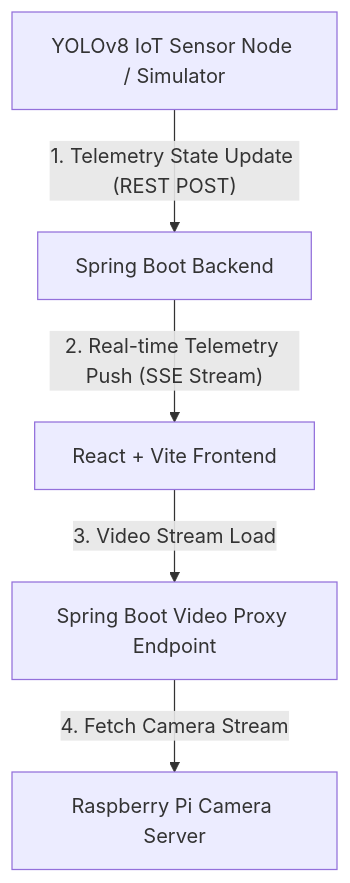
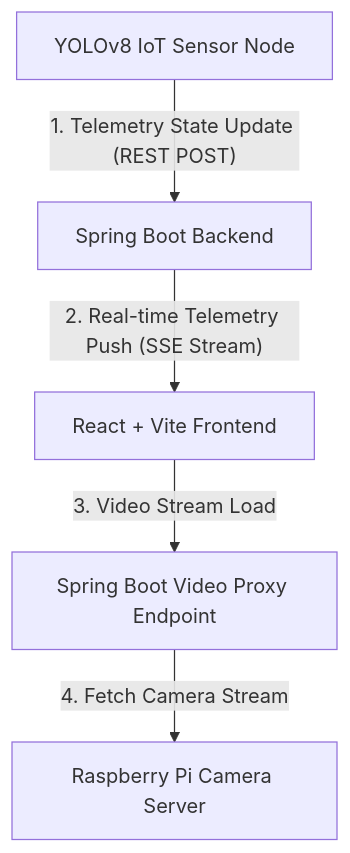
Before and after one commit to yuseungyeol-823/iot-web-dashboard: the diagram in README.md, drawn with Mermaid. The commit also changed other lines of this file, not shown here.

Commit message:
docs: README.md 내 목업(Simulator) 테스트 가이드 제거

````diff
--- a/README.md
+++ b/README.md
@@ -38,7 +38,7 @@
 ```mermaid
 graph TD
-    Device[YOLOv8 IoT Sensor Node / Simulator] -- 1. Telemetry State Update (REST POST) --> BE[Spring Boot Backend]
+    Device[YOLOv8 IoT Sensor Node] -- 1. Telemetry State Update (REST POST) --> BE[Spring Boot Backend]
     BE -- 2. Real-time Telemetry Push (SSE Stream) --> FE[React + Vite Frontend]
     FE -- 3. Video Stream Load --> Proxy[Spring Boot Video Proxy Endpoint]
     Proxy -- 4. Fetch Camera Stream --> Camera[Raspberry Pi Camera Server]
 ```
````
